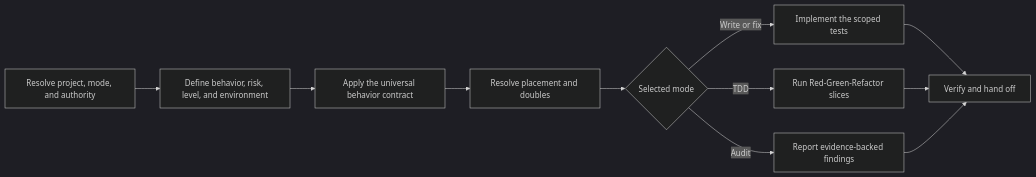
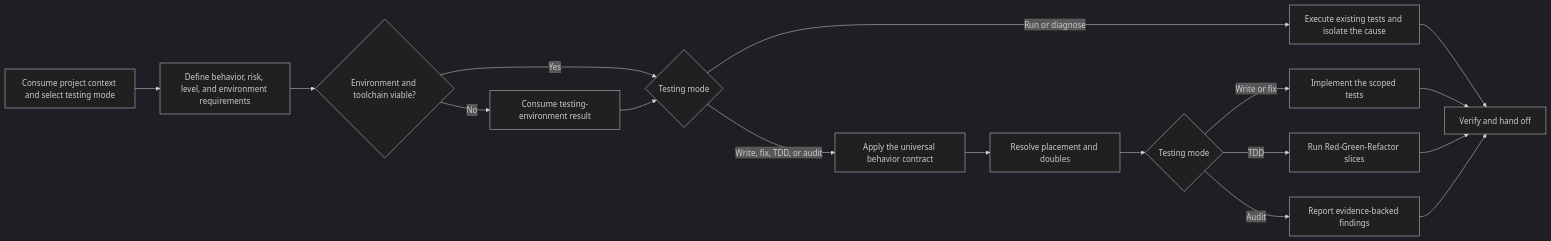
The diagram in plugin/skills/ptlam-testing/SKILL.md (fam-tung-lam/ptlam-agent-plugin), drawn with Mermaid (dark theme) before and after one commit. The commit also changed other lines of this file and 40 other files, not shown here.

````diff
--- a/plugin/skills/ptlam-testing/SKILL.md
+++ b/plugin/skills/ptlam-testing/SKILL.md
@@ -13,13 +13,19 @@
 ```mermaid
 flowchart LR
-    A[Resolve project, mode, and authority] --> B[Define behavior, risk, level, and environment]
-    B --> C[Apply the universal behavior contract]
-    C --> D[Resolve placement and doubles]
-    D --> E{Selected mode}
-    E -- Write or fix --> F[Implement the scoped tests]
-    E -- TDD --> G[Run Red-Green-Refactor slices]
-    E -- Audit --> H[Report evidence-backed findings]
-    F --> I[Verify and hand off]
-    G --> I
-    H --> I
+    A[Consume project context and select testing mode] --> B[Define behavior, risk, level, and environment requirements]
+    B --> C{Environment and toolchain viable?}
+    C -- No --> D[Consume testing-environment result]
+    C -- Yes --> M{Testing mode}
+    D --> M
+    M -- Run or diagnose --> H[Execute existing tests and isolate the cause]
+    M -- Write, fix, TDD, or audit --> E[Apply the universal behavior contract]
+    E --> F[Resolve placement and doubles]
+    F --> G{Testing mode}
+    G -- Write or fix --> I[Implement the scoped tests]
+    G -- TDD --> J[Run Red-Green-Refactor slices]
+    G -- Audit --> K[Report evidence-backed findings]
+    H --> L[Verify and hand off]
+    I --> L
+    J --> L
+    K --> L
 ```
````
